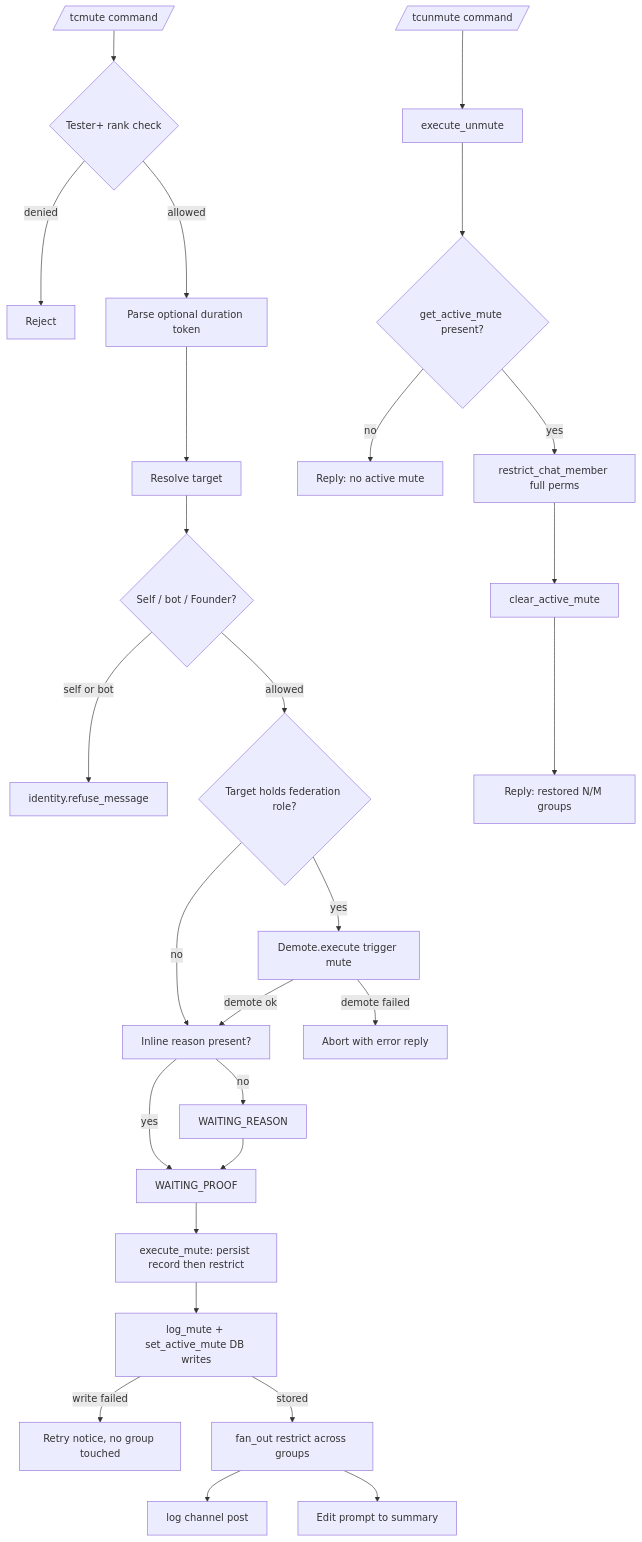
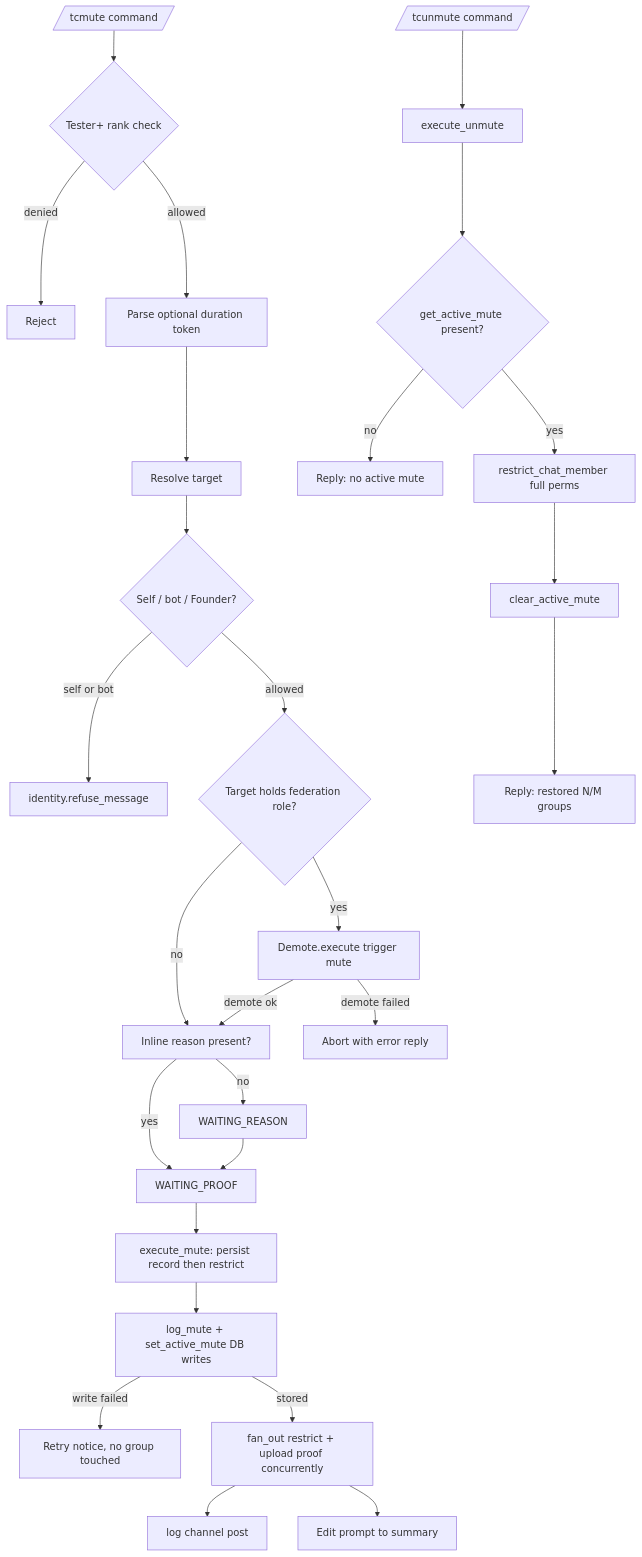
The diagram in docs/features/moderation/muting.md (D1ZZY4/tgbot_tcf), drawn with Mermaid before and after one commit. The commit also changed other lines of this file and 10 other files, not shown here.

First line of the commit message:
perf(moderation): concurrent proof upload and shared re-demote

````diff
--- a/docs/features/moderation/muting.md
+++ b/docs/features/moderation/muting.md
@@ -11,29 +11,29 @@
 ```mermaid
 flowchart TD
     Cmd[/tcmute command/] --> Perm{Tester+ rank check}
     Perm -->|denied| End1[Reject]
     Perm -->|allowed| Duration[Parse optional duration token]
     Duration --> Target[Resolve target]
     Target --> Ident{Self / bot / Founder?}
     Ident -->|self or bot| Refuse[identity.refuse_message]
     Ident -->|allowed| RoleCheck{Target holds federation role?}
     RoleCheck -->|yes| AutoDemote[Demote.execute trigger mute]
     RoleCheck -->|no| ReasonStep
     AutoDemote -->|demote failed| Abort[Abort with error reply]
     AutoDemote -->|demote ok| ReasonStep[Inline reason present?]
     ReasonStep -->|yes| ProofStep[WAITING_PROOF]
     ReasonStep -->|no| ReasonPrompt[WAITING_REASON]
     ReasonPrompt --> ProofStep
     ProofStep --> Exec[execute_mute: persist record then restrict]
     Exec --> Store[log_mute + set_active_mute DB writes]
     Store -->|write failed| AbortM[Retry notice, no group touched]
-    Store -->|stored| FanOut[fan_out restrict across groups]
+    Store -->|stored| FanOut[fan_out restrict + upload proof concurrently]
     FanOut --> Log[log channel post]
     FanOut --> Reply[Edit prompt to summary]
     Unmute[/tcunmute command/] --> ExecU[execute_unmute]
     ExecU --> Guard{get_active_mute present?}
     Guard -->|no| NoMute[Reply: no active mute]
     Guard -->|yes| Restore[restrict_chat_member full perms]
     Restore --> Clear[clear_active_mute]
     Clear --> ReplyU[Reply: restored N/M groups]
 ```
````
